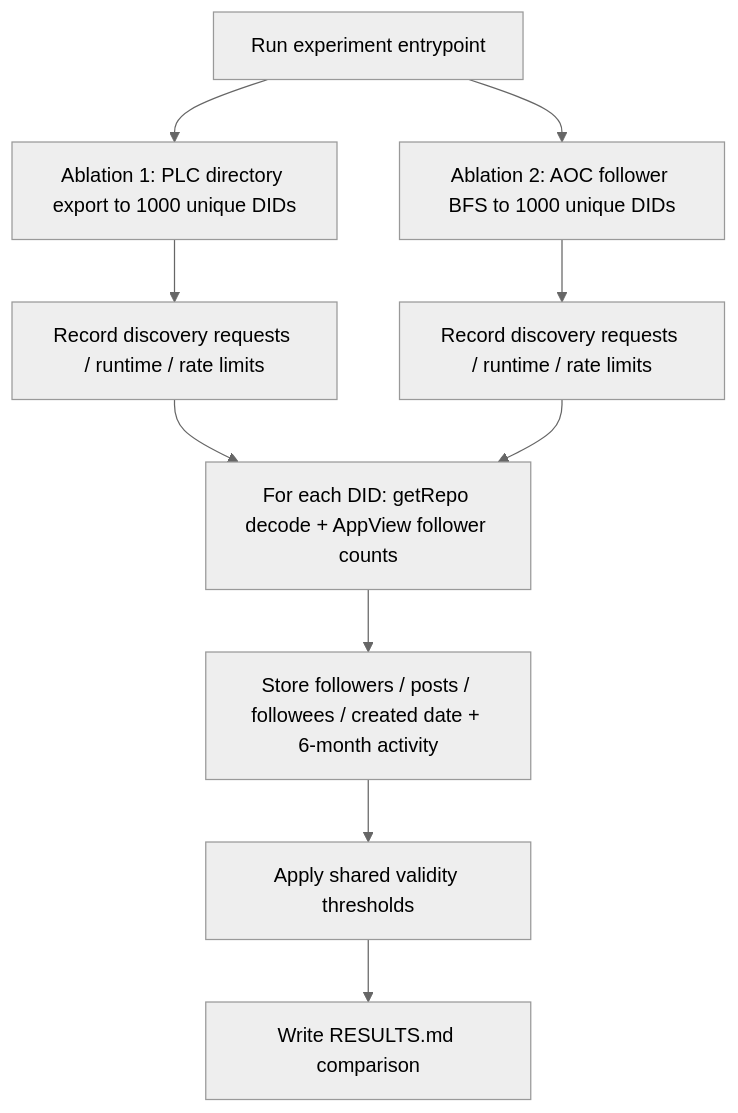
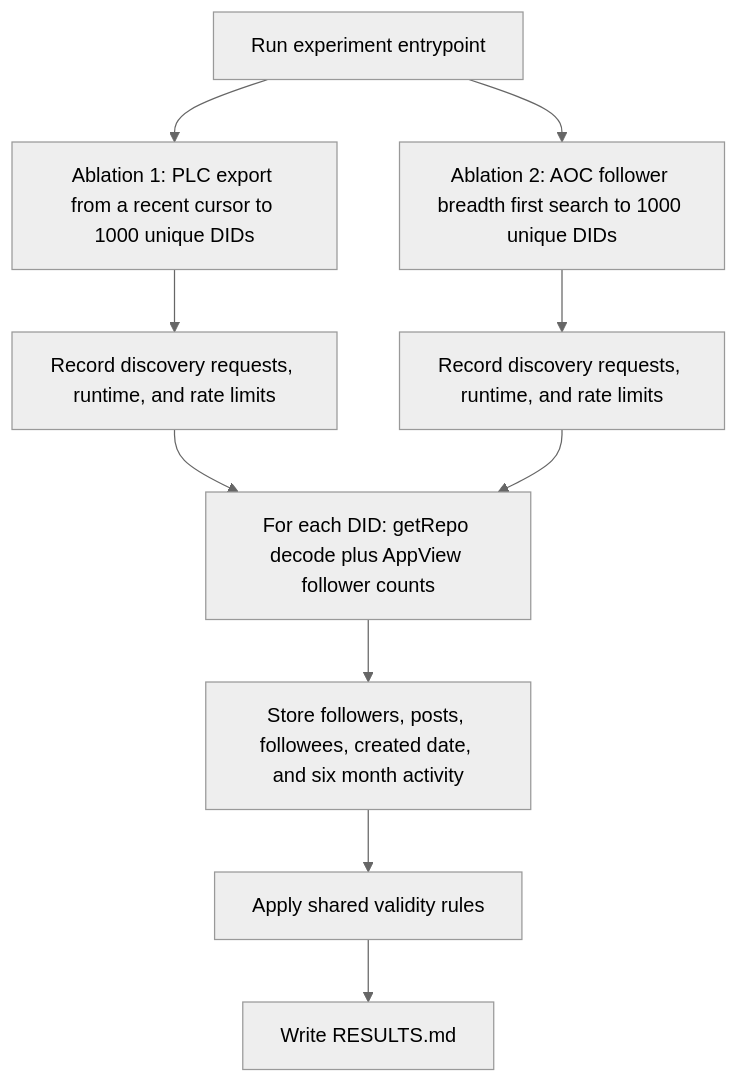
The diagram in docs/plans/2026-08-11_did_sync_experiment_739184/plan.md (METResearchGroup/lab_data_integrations_interface), drawn with Mermaid (neutral theme) before and after one commit. The commit also changed other lines of this file and 5 other files, not shown here.

First line of the commit message:
Expand DID sync experiment plan with detailed steps

````diff
--- a/docs/plans/2026-08-11_did_sync_experiment_739184/plan.md
+++ b/docs/plans/2026-08-11_did_sync_experiment_739184/plan.md
@@ -19,12 +19,12 @@
 ```mermaid
 flowchart TD
-  start[Run experiment entrypoint] --> a1[Ablation 1: PLC directory export to 1000 unique DIDs]
-  start --> a2[Ablation 2: AOC follower BFS to 1000 unique DIDs]
-  a1 --> metrics1[Record discovery requests / runtime / rate limits]
-  a2 --> metrics2[Record discovery requests / runtime / rate limits]
-  metrics1 --> enrich[For each DID: getRepo decode + AppView follower counts]
+  start[Run experiment entrypoint] --> a1[Ablation 1: PLC export from a recent cursor to 1000 unique DIDs]
+  start --> a2[Ablation 2: AOC follower breadth first search to 1000 unique DIDs]
+  a1 --> metrics1[Record discovery requests, runtime, and rate limits]
+  a2 --> metrics2[Record discovery requests, runtime, and rate limits]
+  metrics1 --> enrich[For each DID: getRepo decode plus AppView follower counts]
   metrics2 --> enrich
-  enrich --> store[Store followers / posts / followees / created date + 6-month activity]
-  store --> valid[Apply shared validity thresholds]
-  valid --> results[Write RESULTS.md comparison]
+  enrich --> store[Store followers, posts, followees, created date, and six month activity]
+  store --> valid[Apply shared validity rules]
+  valid --> results[Write RESULTS.md]
 ```
````
